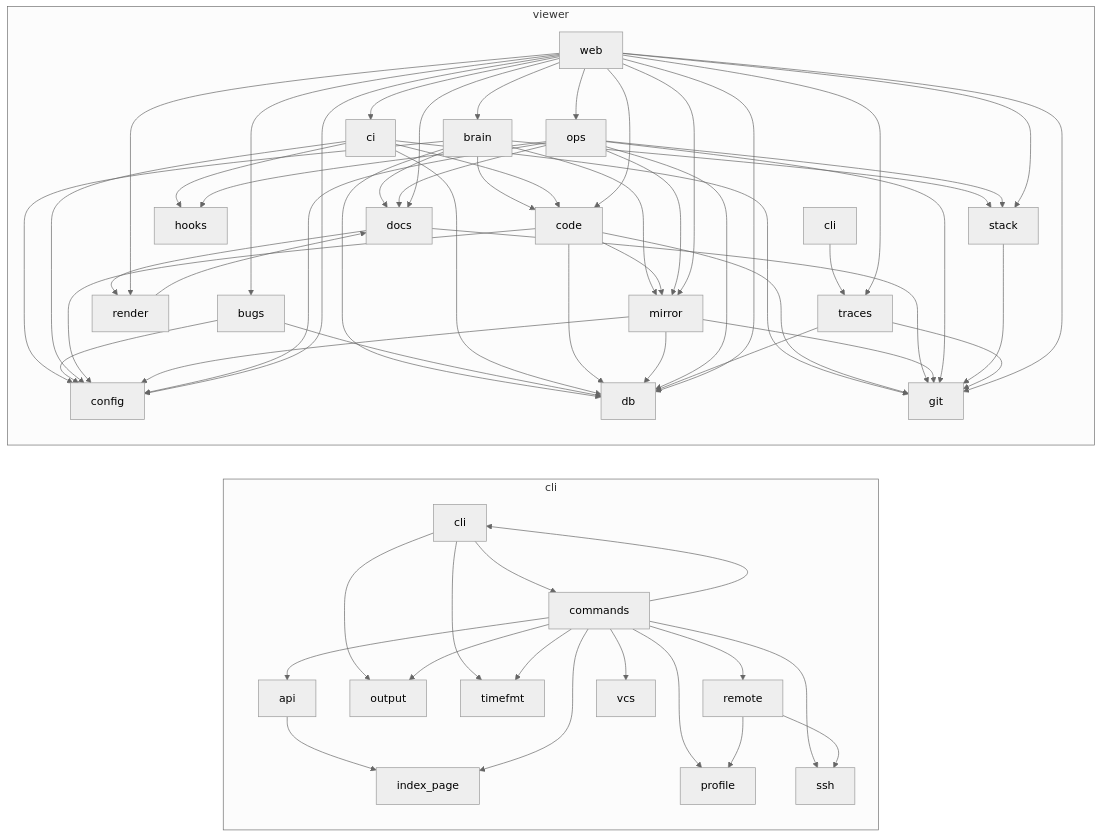
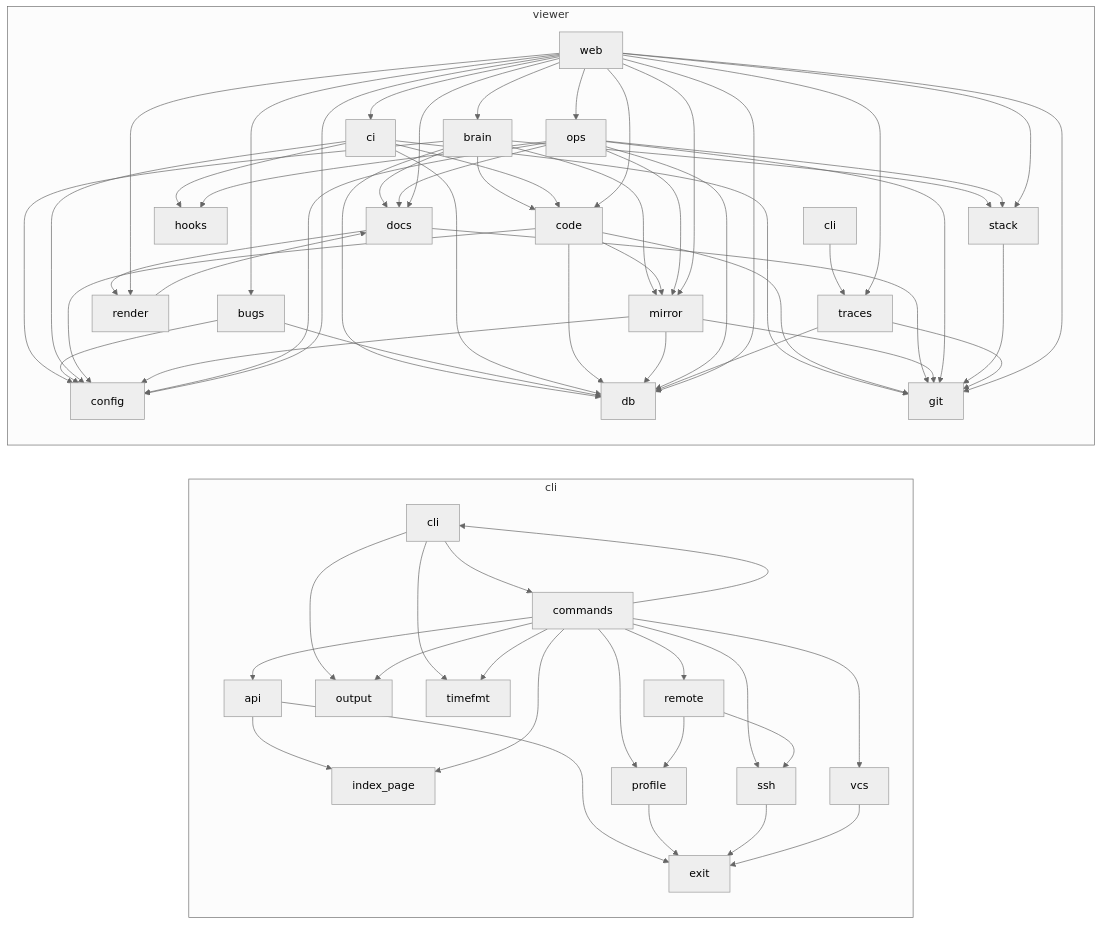
One commit to matthiasdebernardini/nashcode changed the second of 2 diagrams in ARCHITECTURE.md. Above: the diagram before and after it, drawn with Mermaid (neutral theme). The commit also changed 2 other files, not shown here.

Commit message:
docs: the suite is not 20 seconds anymore
Under shared-build-dir contention the workspace suite takes ~20 minutes;
the stale claim made three agents kill their own healthy test runs. Both
rule files now say: isolate the build dirs, budget real time, never kill
a slow run.

Claude-Session: https://claude.ai/code/session_01X8HgWrH5LxxBJBNURCVTCL

```diff
--- a/ARCHITECTURE.md
+++ b/ARCHITECTURE.md
@@ -43,6 +43,7 @@
     cli_api[api]
     cli_cli[cli]
     cli_commands[commands]
+    cli_exit[exit]
     cli_index_page[index_page]
     cli_output[output]
     cli_profile[profile]
@@ -51,6 +52,7 @@
     cli_timefmt[timefmt]
     cli_vcs[vcs]
   end
+  cli_api --> cli_exit
   cli_api --> cli_index_page
   cli_cli --> cli_commands
   cli_cli --> cli_output
@@ -64,8 +66,11 @@
   cli_commands --> cli_ssh
   cli_commands --> cli_timefmt
   cli_commands --> cli_vcs
+  cli_profile --> cli_exit
   cli_remote --> cli_profile
   cli_remote --> cli_ssh
+  cli_ssh --> cli_exit
+  cli_vcs --> cli_exit
   subgraph viewer
     viewer_brain[brain]
     viewer_bugs[bugs]
```
